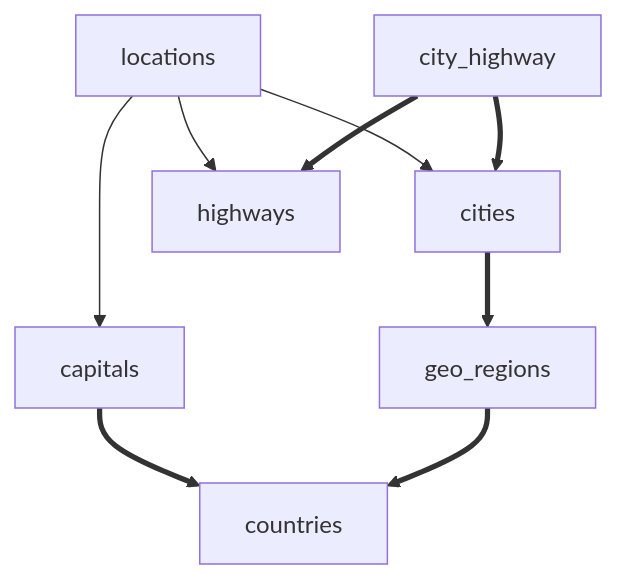
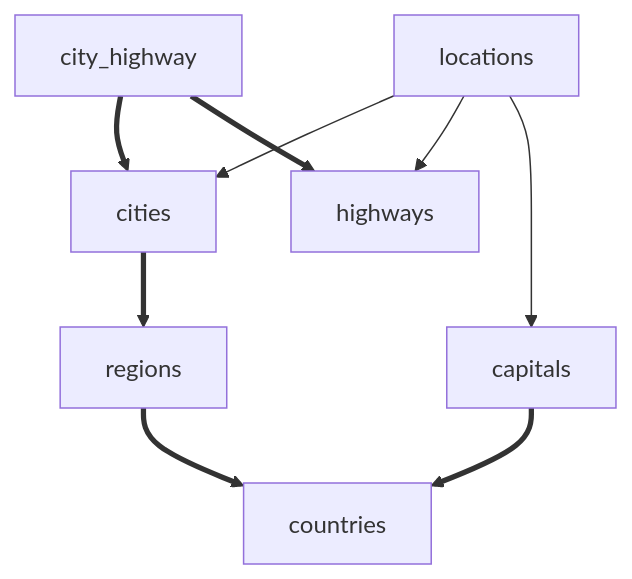
Before and after one commit to schenke-io/laravel-relation-manager: the diagram in workbench/docs/relations.md, drawn with Mermaid. The commit also changed other lines of this file and 17 other files, not shown here.

````diff
--- a/workbench/docs/relations.md
+++ b/workbench/docs/relations.md
@@ -25,12 +25,12 @@
 ```mermaid
 flowchart TD
-capitals ==> countries
-locations --> capitals
+city_highway ==> cities
+city_highway ==> highways
 locations --> cities
 locations --> highways
-city_highway ==> cities
-city_highway ==> highways
-cities ==> geo_regions
-geo_regions ==> countries
+locations --> capitals
+cities ==> regions
+capitals ==> countries
+regions ==> countries
 
 ```
````
